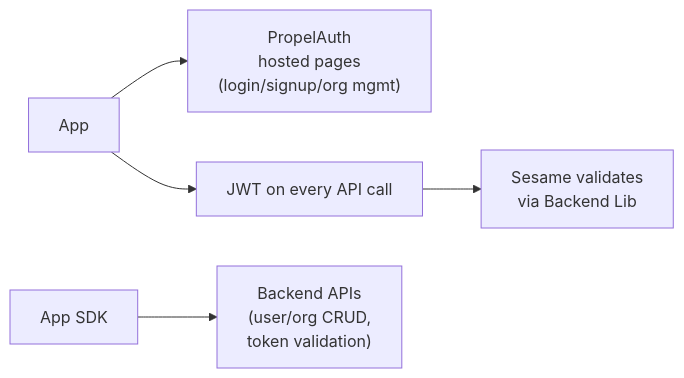
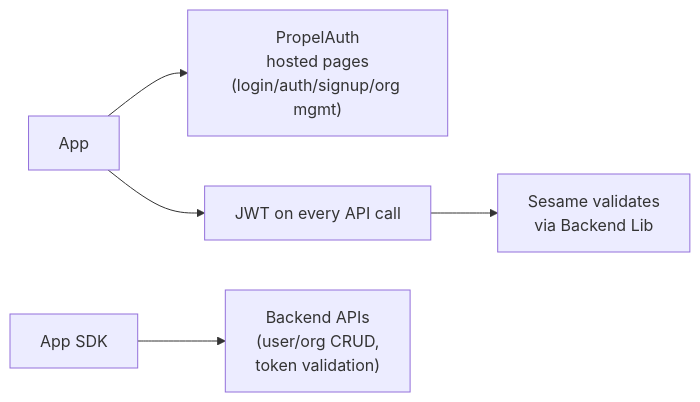
Before and after one commit to microscaler/sesame-idam: the diagram in docs/propelauth-api-footprint.md, drawn with Mermaid. The commit also changed other lines of this file and 23 other files, not shown here.

````diff
--- a/docs/propelauth-api-footprint.md
+++ b/docs/propelauth-api-footprint.md
@@ -21,13 +21,13 @@
 ```mermaid
 flowchart LR
     App["App"]
-    PA_Hosted["PropelAuth\nhosted pages\n(login/signup/org mgmt)"]
+    PA_Hosted["PropelAuth\nhosted pages\n(login/auth/signup/org mgmt)"]
     AppSDK["App SDK"]
     PA_API["Backend APIs\n(user/org CRUD,\ntoken validation)"]
     JWT["JWT on every API call"]
     Sesame["Sesame validates\nvia Backend Lib"]
 
     App --> PA_Hosted
     AppSDK --> PA_API
     App --> JWT --> Sesame
 ```
````
